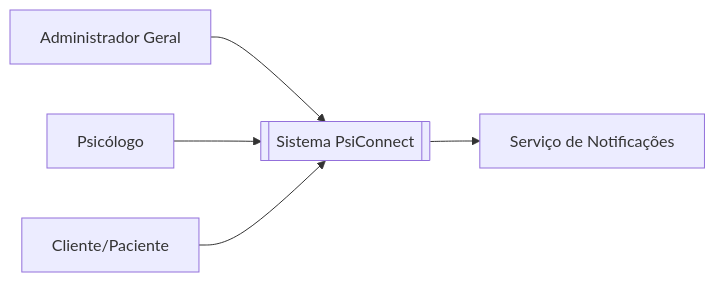
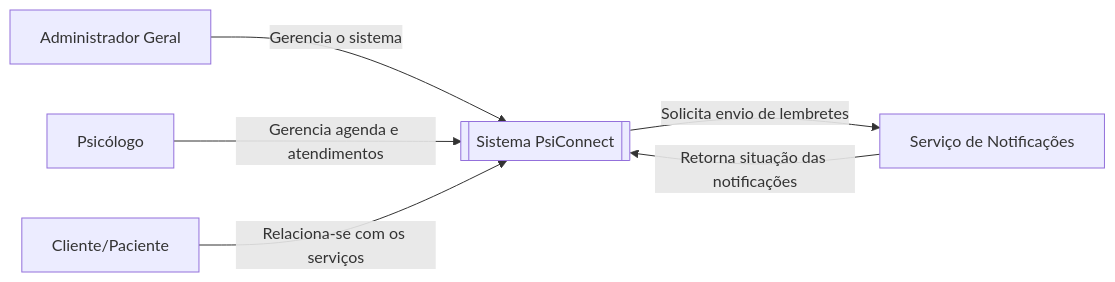
One commit to Icaro230307/AV3-PsiConnect changed the first of 10 diagrams in README.md. Above: the diagram before and after it, drawn with Mermaid. The commit also changed other lines of this file, not shown here.

````diff
--- a/README.md
+++ b/README.md
@@ -16,14 +15,15 @@
 ```mermaid
 flowchart LR
-    Admin[Administrador Geral]
-    Psi[Psicólogo]
-    Pac[Cliente/Paciente]
-    Notif[Serviço de Notificações]
+    Admin["Administrador Geral"]
+    Psi["Psicólogo"]
+    Pac["Cliente/Paciente"]
+    Notif["Serviço de Notificações"]
 
     Sistema[["Sistema PsiConnect"]]
 
-    Admin --> Sistema
-    Psi --> Sistema
-    Pac --> Sistema
-    Sistema --> Notif
+    Admin -->|"Gerencia o sistema"| Sistema
+    Psi -->|"Gerencia agenda e atendimentos"| Sistema
+    Pac -->|"Relaciona-se com os serviços"| Sistema
+    Sistema -->|"Solicita envio de lembretes"| Notif
+    Notif -->|"Retorna situação das notificações"| Sistema
 ```
````
